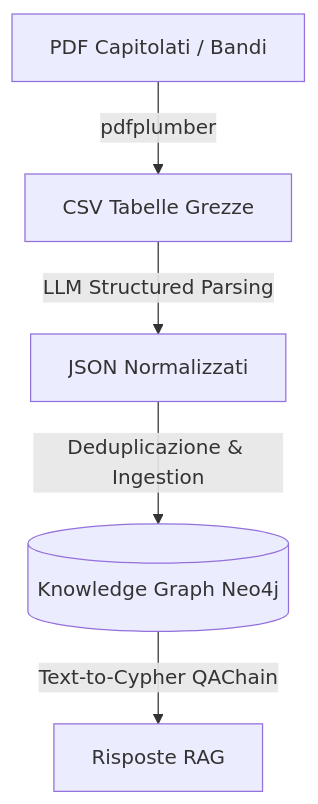
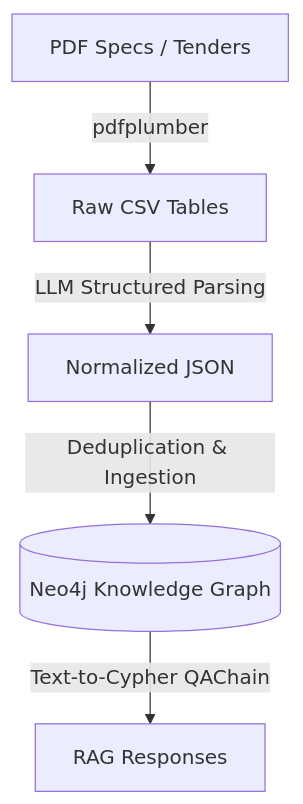
One commit to Midorilly/tables-extraction changed the diagram in README.md. Above: the diagram before and after it, drawn with Mermaid. The commit also changed other lines of this file, not shown here.

````diff
--- a/README.md
+++ b/README.md
@@ -11,8 +11,8 @@
 ```mermaid
 flowchart TD
-    A[PDF Capitolati / Bandi] -->|pdfplumber| B[CSV Tabelle Grezze]
-    B -->|LLM Structured Parsing| C[JSON Normalizzati]
-    C -->|Deduplicazione & Ingestion| D[(Knowledge Graph Neo4j)]
-    D -->|Text-to-Cypher QAChain| E[Risposte RAG]
+    A[PDF Specs / Tenders] -->|pdfplumber| B[Raw CSV Tables]
+    B -->|LLM Structured Parsing| C[Normalized JSON]
+    C -->|Deduplication & Ingestion| D[(Neo4j Knowledge Graph)]
+    D -->|Text-to-Cypher QAChain| E[RAG Responses]
 
 ```
````
